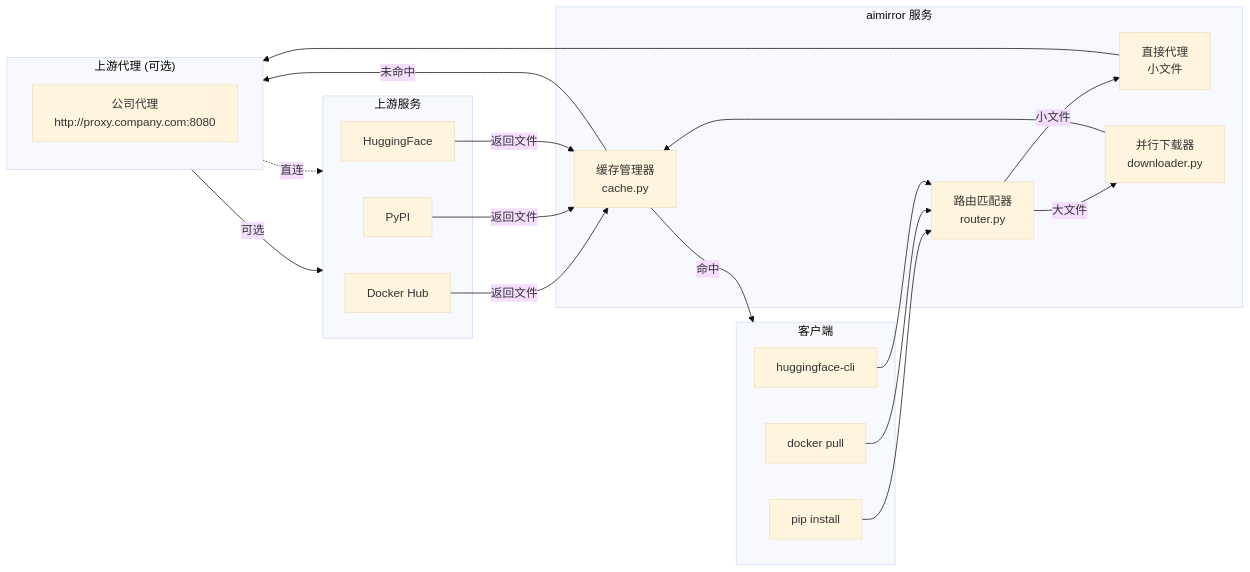
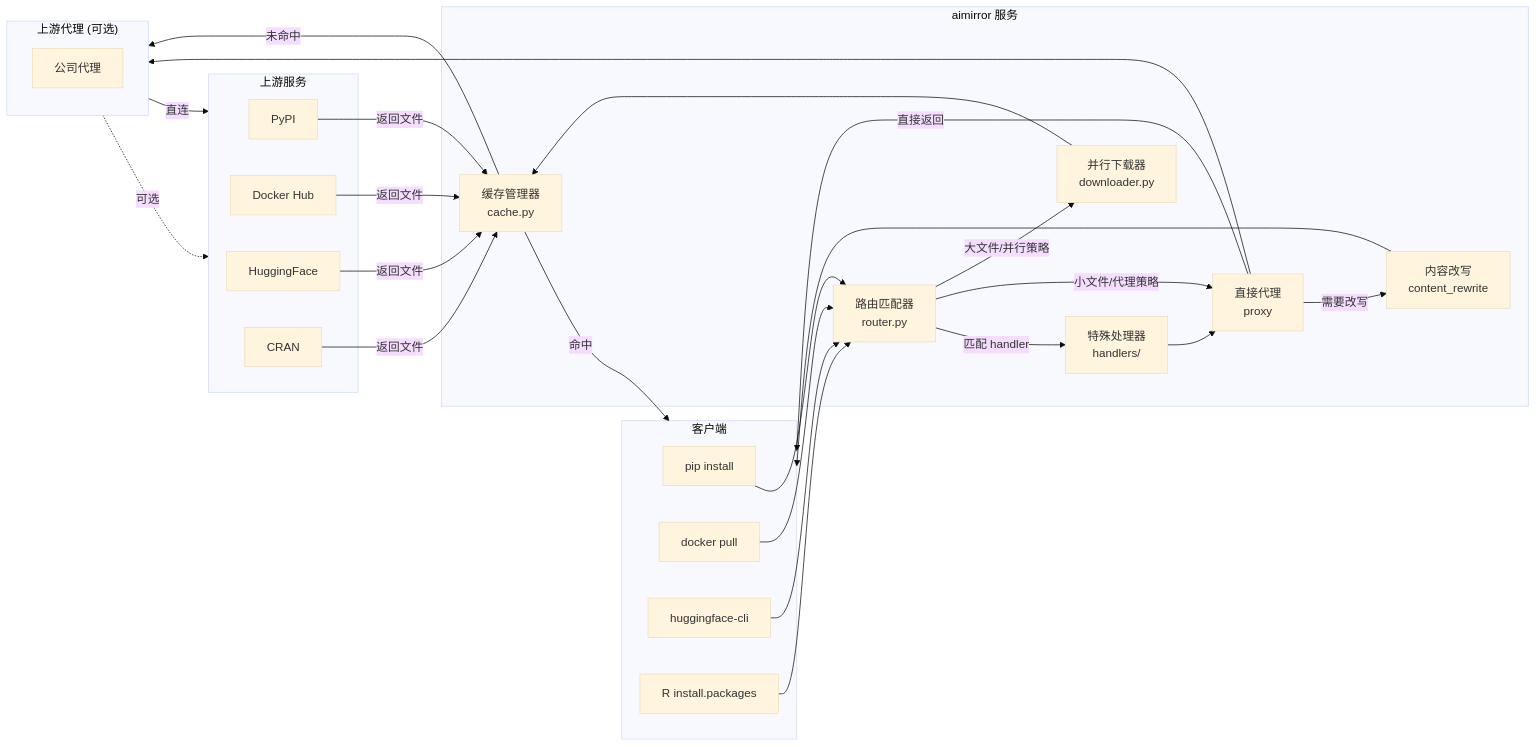
Before and after one commit to swizardlv/aimirror: the diagram in README.md, drawn with Mermaid (base theme). The commit also changed other lines of this file, not shown here.

````diff
--- a/README.md
+++ b/README.md
@@ -68,44 +73,56 @@
 ```mermaid
 flowchart LR
     subgraph Client["客户端"]
         PIP[pip install]
         DOCKER[docker pull]
         HF[huggingface-cli]
+        R[R install.packages]
     end
 
     subgraph aimirror["aimirror 服务"]
         ROUTER[路由匹配器<br/>router.py]
-        PROXY[直接代理<br/>小文件]
+        HANDLER[特殊处理器<br/>handlers/]
+        PROXY[直接代理<br/>proxy]
         DOWNLOADER[并行下载器<br/>downloader.py]
         CACHE[缓存管理器<br/>cache.py]
+        REWRITE[内容改写<br/>content_rewrite]
     end
 
     subgraph UpstreamProxy["上游代理 (可选)"]
-        COMPANY_PROXY[公司代理<br/>http://proxy.company.com:8080]
+        COMPANY_PROXY[公司代理]
     end
 
     subgraph Upstream["上游服务"]
         PYPI[PyPI]
         DOCKER_HUB[Docker Hub]
         HF_HUB[HuggingFace]
+        CRAN[CRAN]
     end
 
     PIP --> ROUTER
     DOCKER --> ROUTER
     HF --> ROUTER
+    R --> ROUTER
 
-    ROUTER -->|小文件| PROXY
-    ROUTER -->|大文件| DOWNLOADER
+    ROUTER -->|匹配 handler| HANDLER
+    ROUTER -->|小文件/代理策略| PROXY
+    ROUTER -->|大文件/并行策略| DOWNLOADER
 
+    HANDLER --> PROXY
+    PROXY -->|需要改写| REWRITE
+    REWRITE --> Client
+    PROXY -->|直接返回| Client
+    
+    DOWNLOADER --> CACHE
+    CACHE -->|命中| Client
+    CACHE -->|未命中| UpstreamProxy
     PROXY --> UpstreamProxy
-    DOWNLOADER --> CACHE
-    CACHE -->|未命中| UpstreamProxy
-    CACHE -->|命中| Client
 
-    UpstreamProxy -->|可选| Upstream
-    UpstreamProxy -.->|直连| Upstream
+    UpstreamProxy -.->|可选| Upstream
+    UpstreamProxy -->|直连| Upstream
 
     DOCKER_HUB -->|返回文件| CACHE
     PYPI -->|返回文件| CACHE
     HF_HUB -->|返回文件| CACHE
+    CRAN -->|返回文件| CACHE
 ```
````
